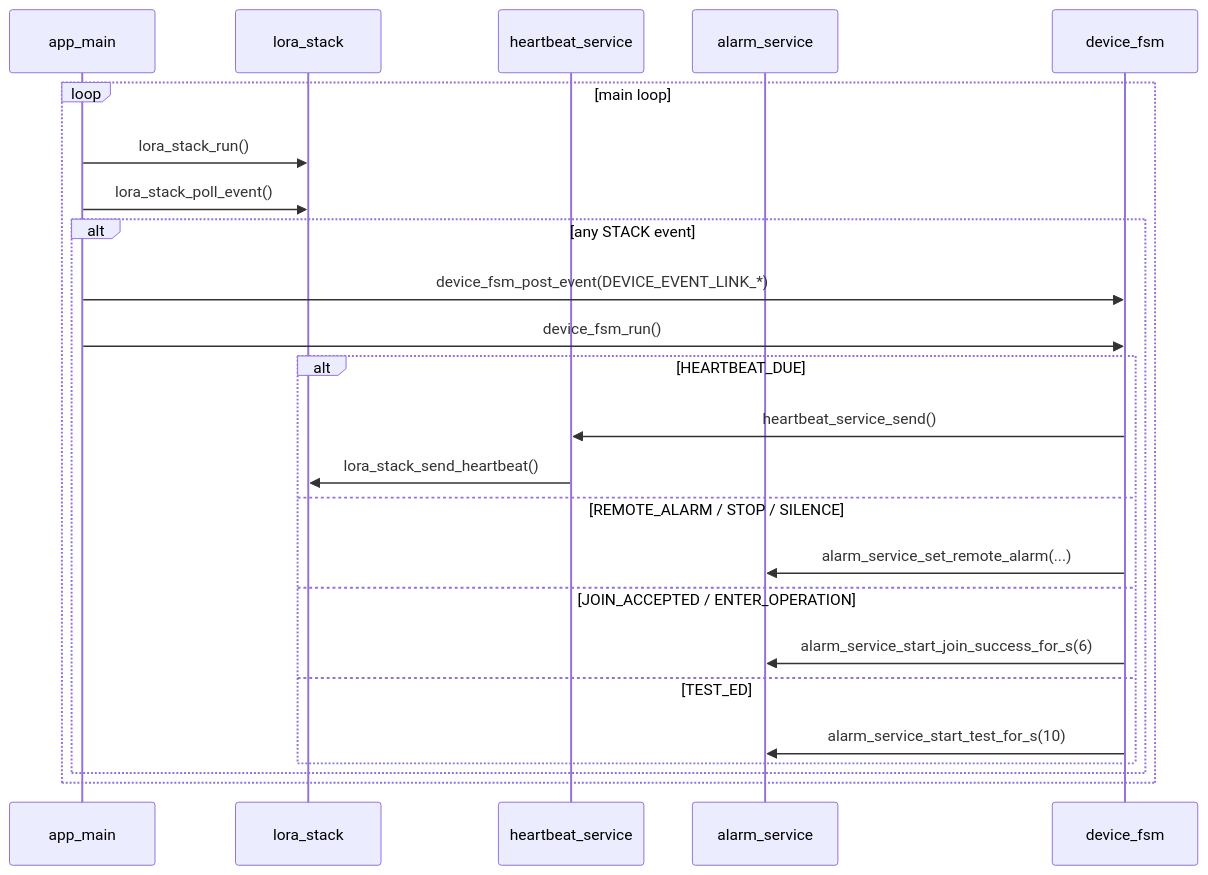
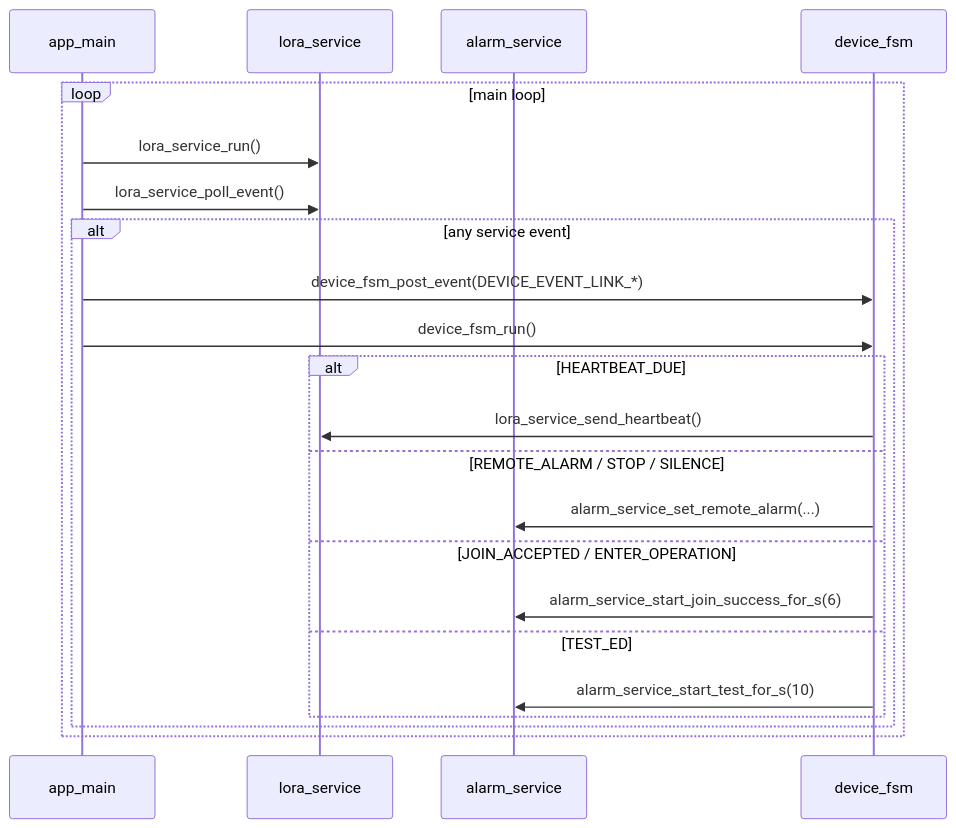
Before and after one commit to vuvantruong120896/emic_lora_protocol: the second of 10 diagrams in EMIC_LORA_PROTOCOL/docs/layer_call_flow.md, drawn with Mermaid. The commit also changed other lines of this file and 41 other files, not shown here.

````diff
--- a/EMIC_LORA_PROTOCOL/docs/layer_call_flow.md
+++ b/EMIC_LORA_PROTOCOL/docs/layer_call_flow.md
@@ -155,27 +162,25 @@
 ```mermaid
 sequenceDiagram
   participant APP as app_main
-  participant STACK as lora_stack
-  participant HB as heartbeat_service
+  participant SVC as lora_service
   participant ALARM as alarm_service
   participant FSM as device_fsm
 
   loop main loop
-    APP->>STACK: lora_stack_run()
-    APP->>STACK: lora_stack_poll_event()
-    alt any STACK event
+    APP->>SVC: lora_service_run()
+    APP->>SVC: lora_service_poll_event()
+    alt any service event
       APP->>FSM: device_fsm_post_event(DEVICE_EVENT_LINK_*)
       APP->>FSM: device_fsm_run()
       alt HEARTBEAT_DUE
-        FSM->>HB: heartbeat_service_send()
-        HB->>STACK: lora_stack_send_heartbeat()
+        FSM->>SVC: lora_service_send_heartbeat()
       else REMOTE_ALARM / STOP / SILENCE
         FSM->>ALARM: alarm_service_set_remote_alarm(...)
       else JOIN_ACCEPTED / ENTER_OPERATION
         FSM->>ALARM: alarm_service_start_join_success_for_s(6)
       else TEST_ED
         FSM->>ALARM: alarm_service_start_test_for_s(10)
       end
     end
   end
 ```
````
